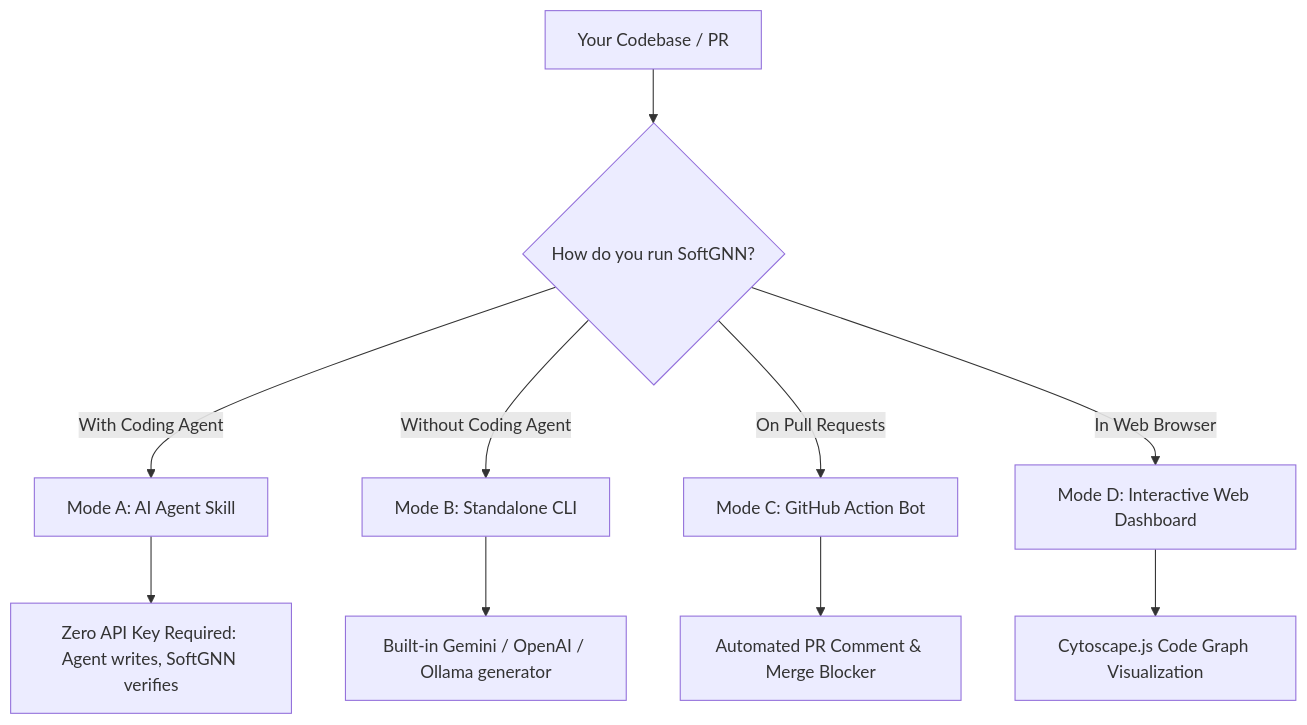
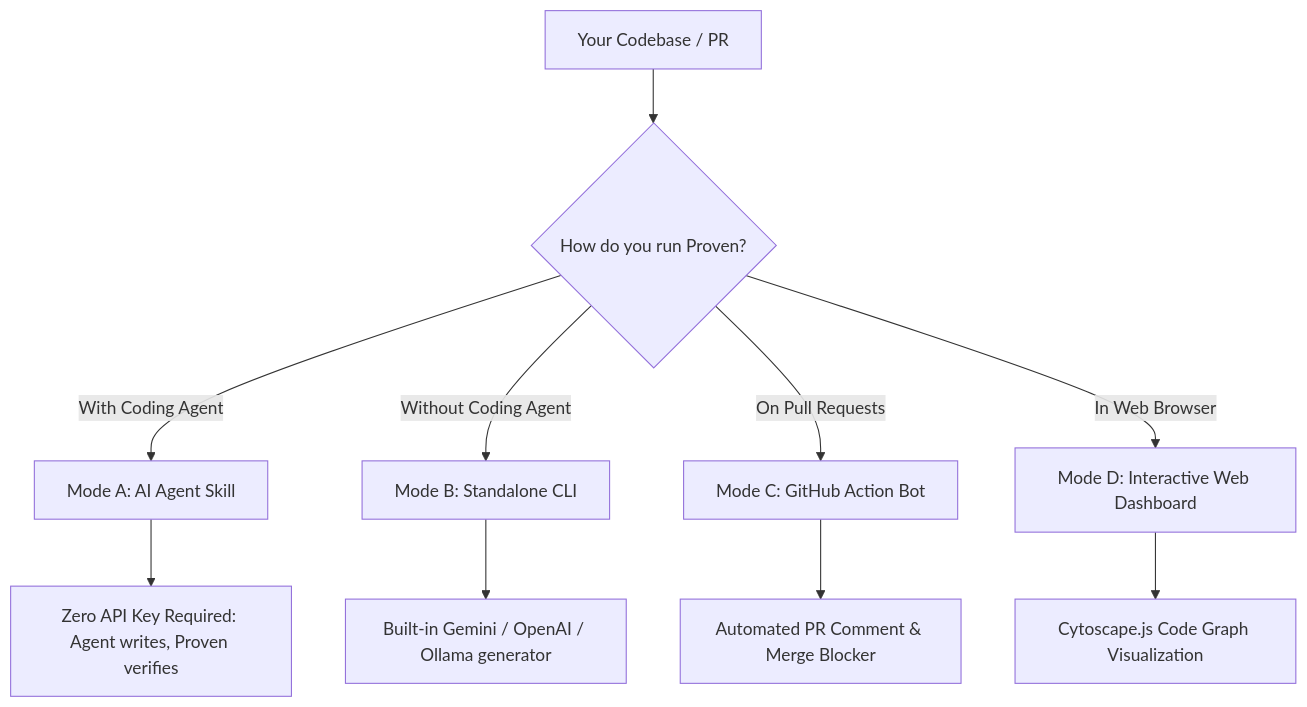
One commit to minhquang0407/proven changed the second of 2 diagrams in README.md. Above: the diagram before and after it, drawn with Mermaid. The commit also changed other lines of this file and 155 other files, not shown here.

````diff
--- a/README.md
+++ b/README.md
@@ -52,13 +52,13 @@
 ```mermaid
 flowchart TD
-    Repo[Your Codebase / PR] --> Choice{How do you run SoftGNN?}
+    Repo[Your Codebase / PR] --> Choice{How do you run Proven?}
     Choice -->|With Coding Agent| AgentMode[Mode A: AI Agent Skill]
     Choice -->|Without Coding Agent| StandaloneMode[Mode B: Standalone CLI]
     Choice -->|On Pull Requests| ActionBot[Mode C: GitHub Action Bot]
     Choice -->|In Web Browser| Dashboard[Mode D: Interactive Web Dashboard]
 
-    AgentMode --> ZeroKey[Zero API Key Required: Agent writes, SoftGNN verifies]
+    AgentMode --> ZeroKey[Zero API Key Required: Agent writes, Proven verifies]
     StandaloneMode --> BuiltInLLM[Built-in Gemini / OpenAI / Ollama generator]
     ActionBot --> PRComment[Automated PR Comment & Merge Blocker]
     Dashboard --> GraphView[Cytoscape.js Code Graph Visualization]
 ```
````
